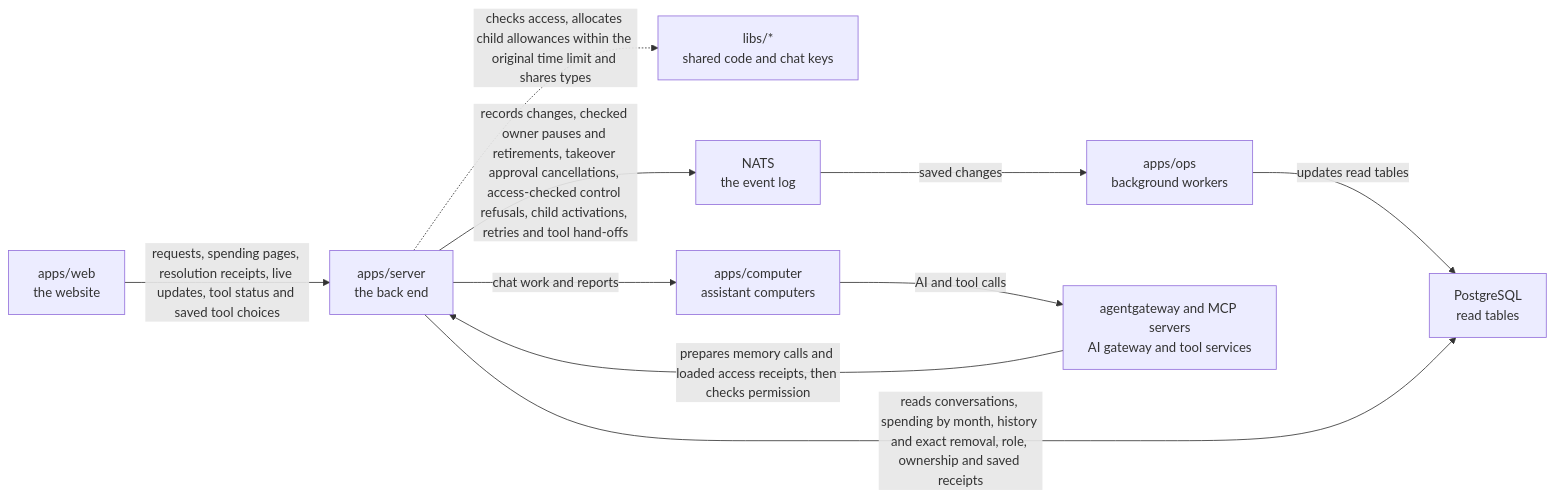
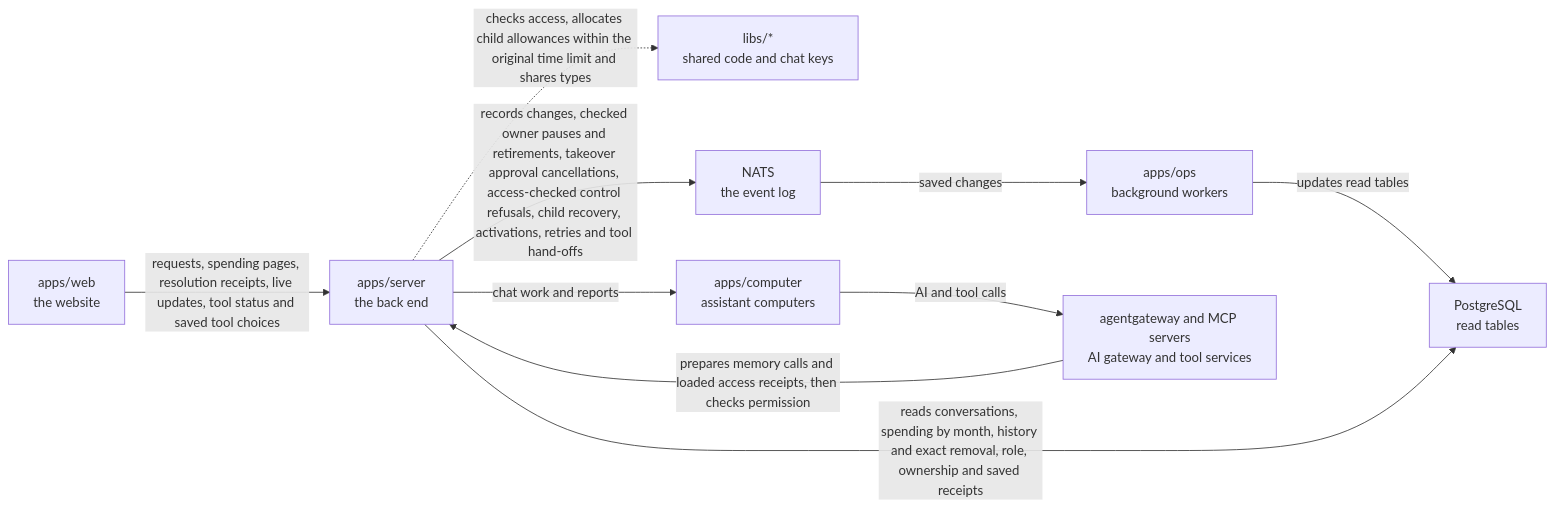
The diagram in apps/server/README.md (elewa-git/opencrane-new), drawn with Mermaid before and after one commit. The commit also changed other lines of this file and 16 other files, not shown here.

````diff
--- a/apps/server/README.md
+++ b/apps/server/README.md
@@ -50,12 +50,12 @@
 ```mermaid
 flowchart LR
   web["apps/web<br/>the website"] -->|requests, spending pages, resolution receipts, live updates, tool status and saved tool choices| server["apps/server<br/>the back end"]
   server -.->|checks access, allocates child allowances within the original time limit and shares types| libs["libs/*<br/>shared code and chat keys"]
-  server -->|records changes, checked owner pauses and retirements, takeover approval cancellations, access-checked control refusals, child activations, retries and tool hand-offs| nats["NATS<br/>the event log"]
+  server -->|records changes, checked owner pauses and retirements, takeover approval cancellations, access-checked control refusals, child recovery, activations, retries and tool hand-offs| nats["NATS<br/>the event log"]
   nats -->|saved changes| ops["apps/ops<br/>background workers"]
   ops -->|updates read tables| postgres["PostgreSQL<br/>read tables"]
   server -->|reads conversations, spending by month, history and exact removal, role, ownership and saved receipts| postgres
   server -->|chat work and reports| computer["apps/computer<br/>assistant computers"]
   computer -->|AI and tool calls| runtime["agentgateway and MCP servers<br/>AI gateway and tool services"]
   runtime -->|prepares memory calls and loaded access receipts, then checks permission| server
 ```
````
